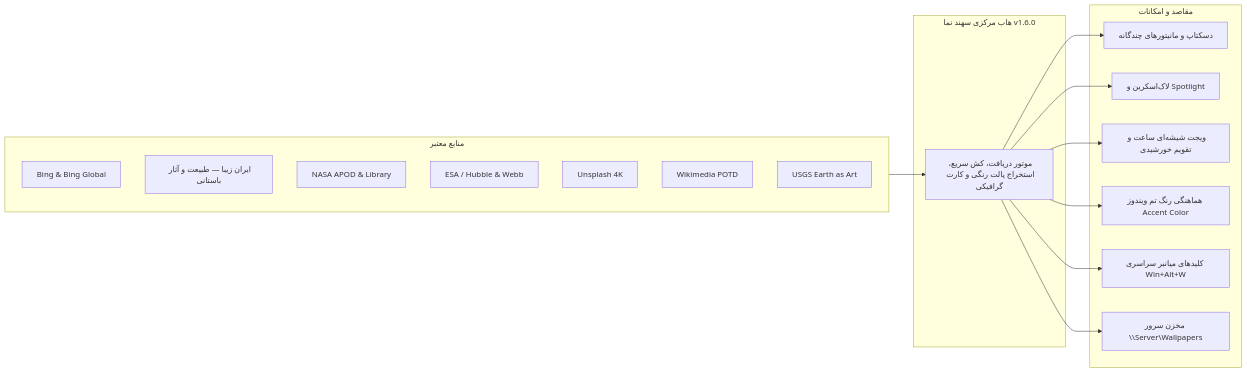
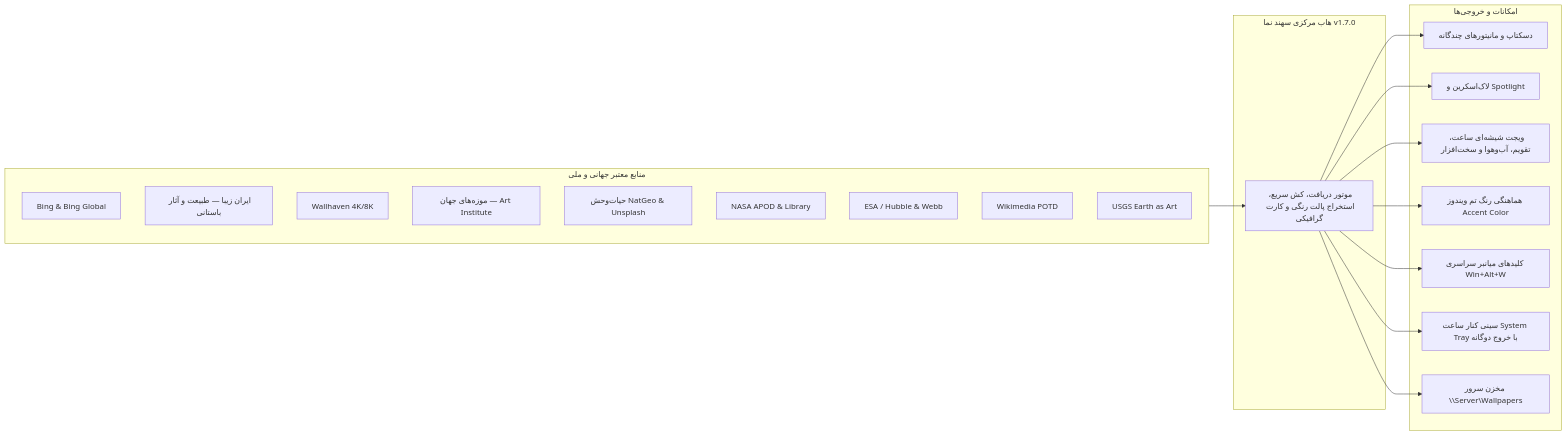
The diagram in README.md (taimazus/SetWinWallpaper), drawn with Mermaid before and after one commit. The commit also changed other lines of this file and 14 other files, not shown here.

Commit message:
docs: synchronize README, architecture, CLI, sources, and wiki with v1.7.0 features and 75 tests

````diff
--- a/README.md
+++ b/README.md
@@ -32,33 +32,37 @@
 ```mermaid
 graph LR
-    subgraph Sources ["منابع معتبر"]
-        B[Bing & Bing Global]
-        IR[ایران زیبا — طبیعت و آثار باستانی]
-        N[NASA APOD & Library]
-        H[ESA / Hubble & Webb]
-        U[Unsplash 4K]
-        W[Wikimedia POTD]
-        E[USGS Earth as Art]
+    subgraph Sources ["منابع معتبر جهانی و ملی"]
+        B["Bing & Bing Global"]
+        IR["ایران زیبا — طبیعت و آثار باستانی"]
+        W4K["Wallhaven 4K/8K"]
+        ART["موزه‌های جهان — Art Institute"]
+        GEO["حیات‌وحش NatGeo & Unsplash"]
+        N["NASA APOD & Library"]
+        H["ESA / Hubble & Webb"]
+        W["Wikimedia POTD"]
+        E["USGS Earth as Art"]
     end
     
-    subgraph Engine ["هاب مرکزی سهند نما v1.6.0"]
-        Core[موتور دریافت، کش سریع، استخراج پالت رنگی و کارت گرافیکی]
+    subgraph Engine ["هاب مرکزی سهند نما v1.7.0"]
+        Core["موتور دریافت، کش سریع، استخراج پالت رنگی و کارت گرافیکی"]
     end
     
-    subgraph Targets ["مقاصد و امکانات"]
-        D[دسکتاپ و مانیتورهای چندگانه]
-        L[لاک‌اسکرین و Spotlight]
-        WID[ویجت شیشه‌ای ساعت و تقویم خورشیدی]
-        CLR[هماهنگی رنگ تم ویندوز Accent Color]
-        HK[کلیدهای میانبر سراسری Win+Alt+W]
-        S[مخزن سرور \\Server\Wallpapers]
+    subgraph Targets ["امکانات و خروجی‌ها"]
+        D["دسکتاپ و مانیتورهای چندگانه"]
+        L["لاک‌اسکرین و Spotlight"]
+        WID["ویجت شیشه‌ای ساعت، تقویم، آب‌وهوا و سخت‌افزار"]
+        CLR["هماهنگی رنگ تم ویندوز Accent Color"]
+        HK["کلیدهای میانبر سراسری Win+Alt+W"]
+        TRY["سینی کنار ساعت System Tray با خروج دوگانه"]
+        S["مخزن سرور \\Server\Wallpapers"]
     end
     
     Sources --> Core
     Core --> D
     Core --> L
     Core --> WID
     Core --> CLR
     Core --> HK
+    Core --> TRY
     Core --> S
 ```
````
